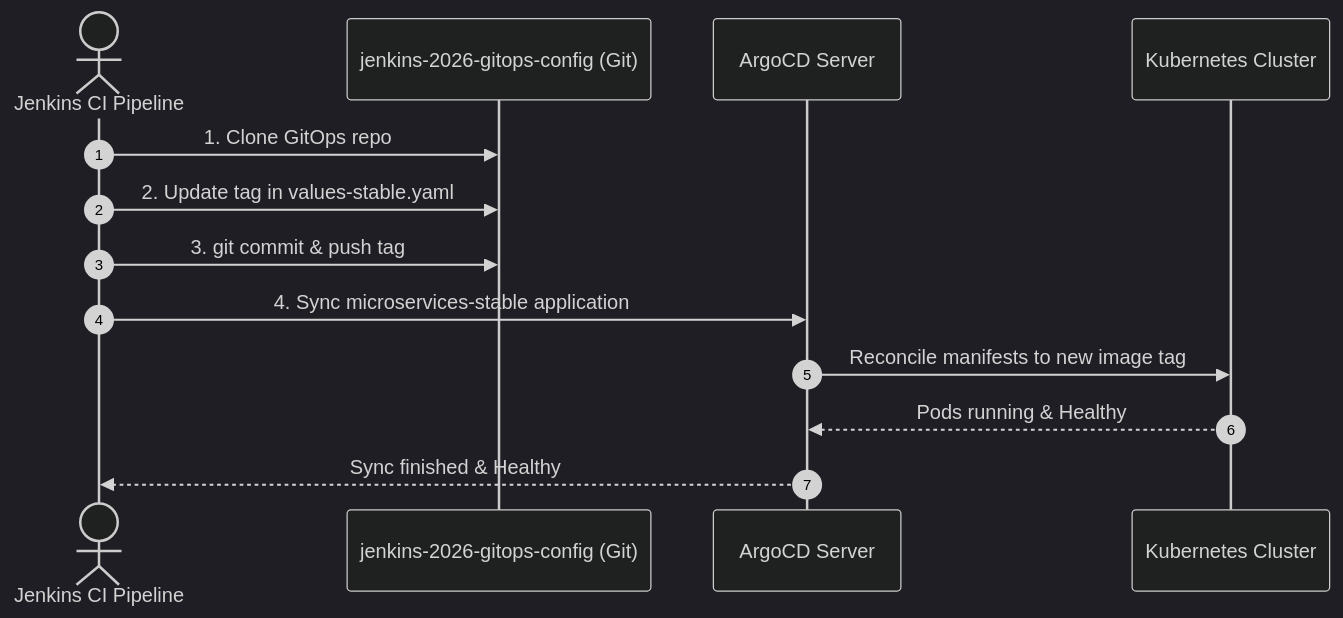
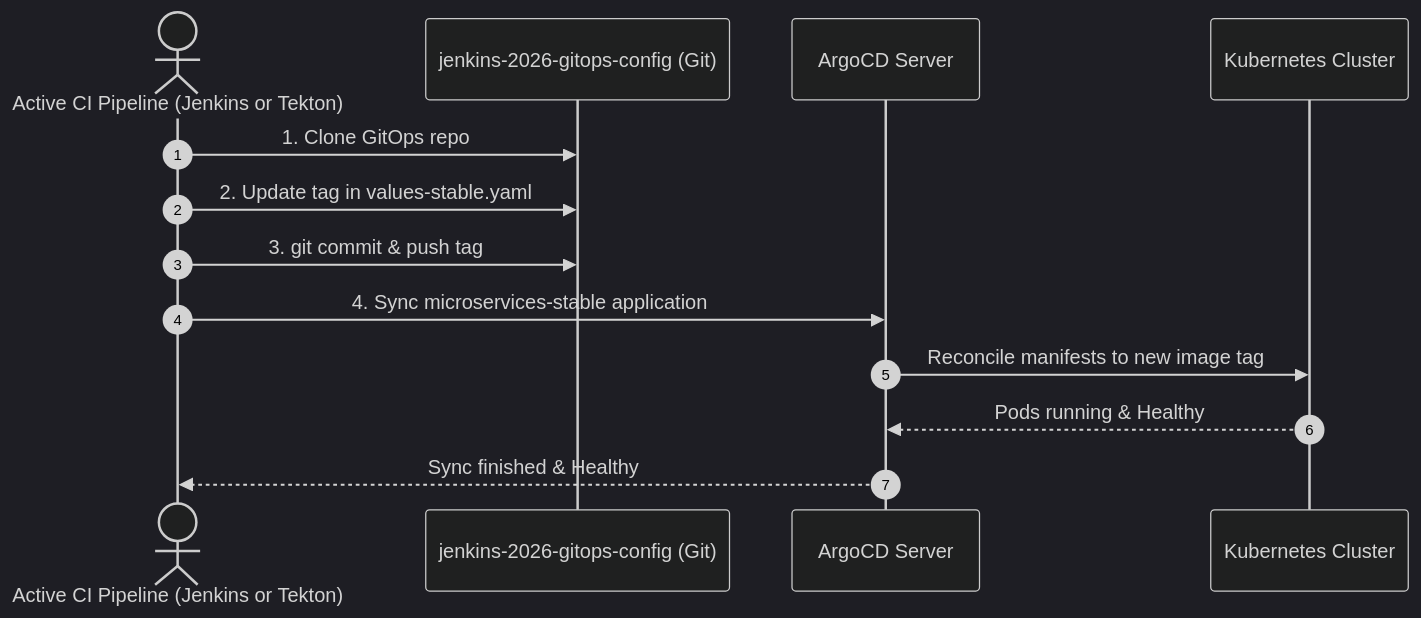
The diagram in README.md (nubenetes/jenkins-2026-gitops-config), drawn with Mermaid (dark theme) before and after one commit. The commit also changed other lines of this file, not shown here.

Commit message:
docs: document Tekton as an equal CI engine + comprehensive main branch protection

````diff
--- a/README.md
+++ b/README.md
@@ -119,16 +119,16 @@
 ```mermaid
 sequenceDiagram
     autonumber
-    actor Jenkins as Jenkins CI Pipeline
+    actor Jenkins as Active CI Pipeline (Jenkins or Tekton)
     participant GitOps as jenkins-2026-gitops-config (Git)
     participant ArgoCD as ArgoCD Server
     participant Cluster as Kubernetes Cluster
 
     Jenkins->>GitOps: 1. Clone GitOps repo
     Jenkins->>GitOps: 2. Update tag in values-stable.yaml
     Jenkins->>GitOps: 3. git commit & push tag
     Jenkins->>ArgoCD: 4. Sync microservices-stable application
     ArgoCD->>Cluster: Reconcile manifests to new image tag
     Cluster-->>ArgoCD: Pods running & Healthy
     ArgoCD-->>Jenkins: Sync finished & Healthy
 ```
````
